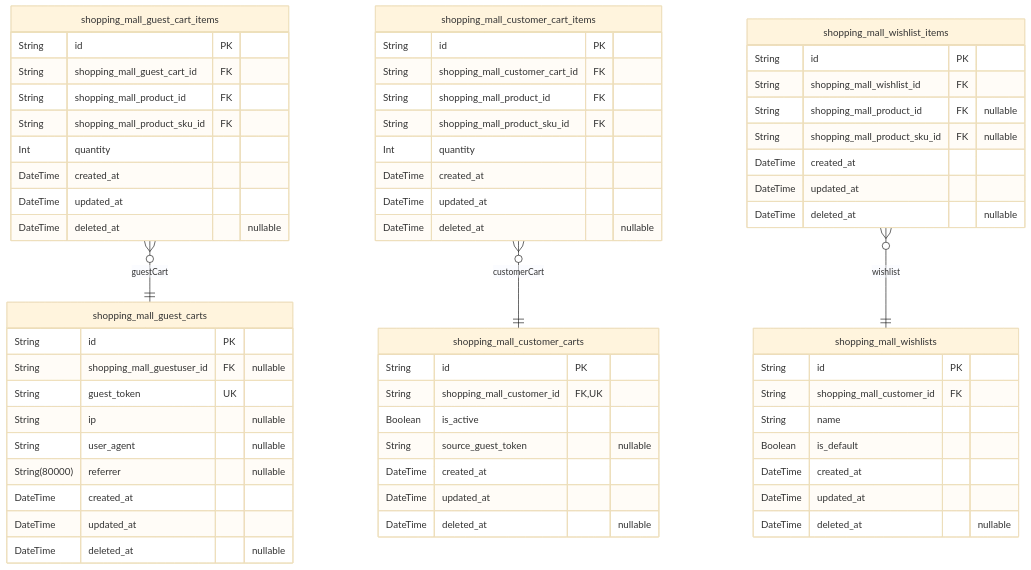
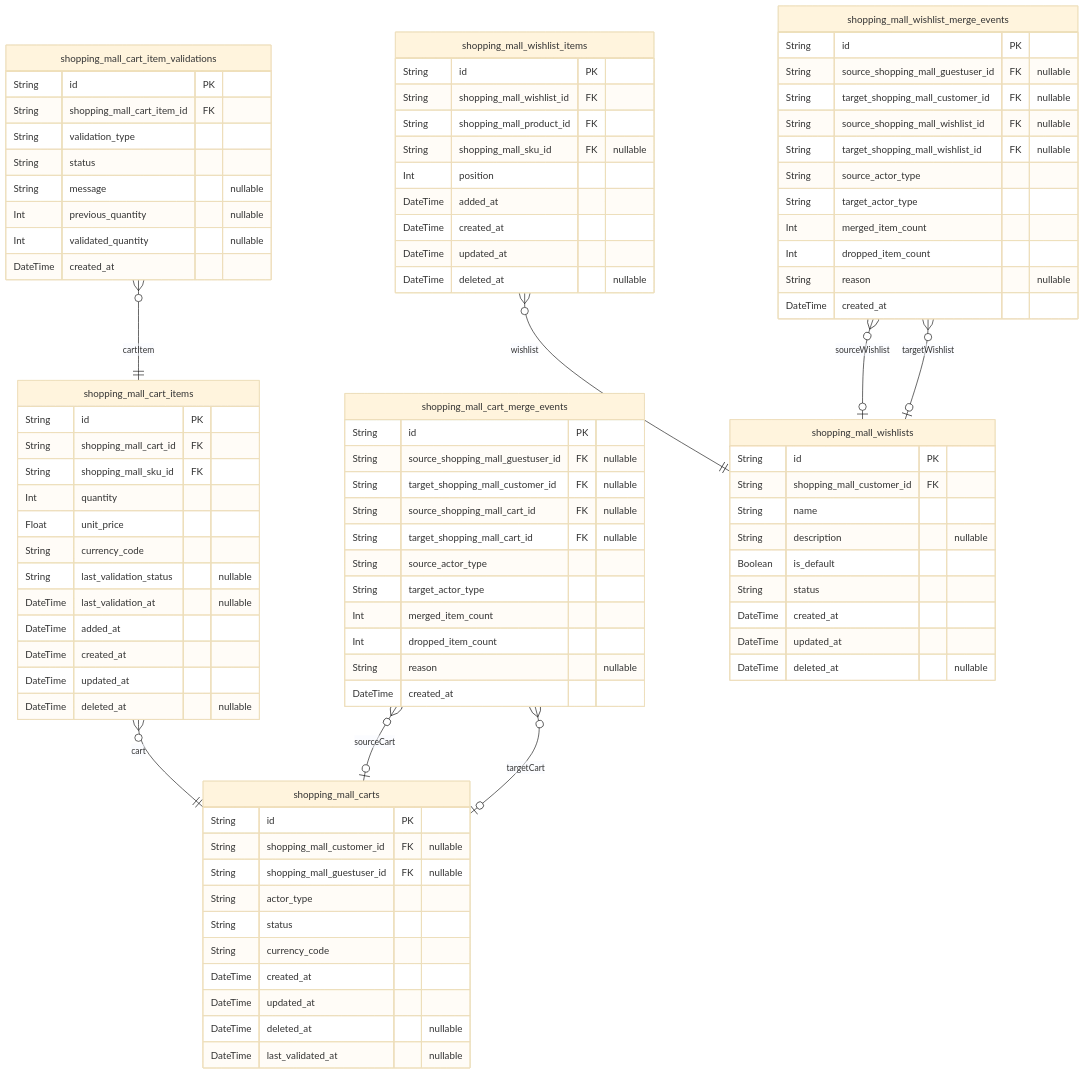
Before and after one commit to wrtnlabs/autobe-examples: the fourth of 12 diagrams in openai/gpt-5.1/shopping/docs/ERD.md, drawn with Mermaid (base theme). The commit also changed other lines of this file and 8017 other files, not shown here.

````diff
--- a/openai/gpt-5.1/shopping/docs/ERD.md
+++ b/openai/gpt-5.1/shopping/docs/ERD.md
@@ -1872,50 +2240,61 @@
 ```mermaid
 erDiagram
-"shopping_mall_guest_carts" {
+"shopping_mall_carts" {
   String id PK
+  String shopping_mall_customer_id FK "nullable"
   String shopping_mall_guestuser_id FK "nullable"
-  String guest_token UK
-  String ip "nullable"
-  String user_agent "nullable"
-  String(80000) referrer "nullable"
+  String actor_type
+  String status
+  String currency_code
+  DateTime created_at
+  DateTime updated_at
+  DateTime deleted_at "nullable"
+  DateTime last_validated_at "nullable"
+}
+"shopping_mall_cart_items" {
+  String id PK
+  String shopping_mall_cart_id FK
+  String shopping_mall_sku_id FK
+  Int quantity
+  Float unit_price
+  String currency_code
+  String last_validation_status "nullable"
+  DateTime last_validation_at "nullable"
+  DateTime added_at
   DateTime created_at
   DateTime updated_at
   DateTime deleted_at "nullable"
 }
-"shopping_mall_guest_cart_items" {
+"shopping_mall_cart_item_validations" {
   String id PK
-  String shopping_mall_guest_cart_id FK
-  String shopping_mall_product_id FK
-  String shopping_mall_product_sku_id FK
-  Int quantity
+  String shopping_mall_cart_item_id FK
+  String validation_type
+  String status
+  String message "nullable"
+  Int previous_quantity "nullable"
+  Int validated_quantity "nullable"
   DateTime created_at
-  DateTime updated_at
-  DateTime deleted_at "nullable"
 }
-"shopping_mall_customer_carts" {
+"shopping_mall_cart_merge_events" {
   String id PK
-  String shopping_mall_customer_id FK,UK
-  Boolean is_active
-  String source_guest_token "nullable"
+  String source_shopping_mall_guestuser_id FK "nullable"
+  String target_shopping_mall_customer_id FK "nullable"
+  String source_shopping_mall_cart_id FK "nullable"
+  String target_shopping_mall_cart_id FK "nullable"
+  String source_actor_type
+  String target_actor_type
+  Int merged_item_count
+  Int dropped_item_count
+  String reason "nullable"
   DateTime created_at
-  DateTime updated_at
-  DateTime deleted_at "nullable"
-}
-"shopping_mall_customer_cart_items" {
-  String id PK
-  String shopping_mall_customer_cart_id FK
-  String shopping_mall_product_id FK
-  String shopping_mall_product_sku_id FK
-  Int quantity
-  DateTime created_at
-  DateTime updated_at
-  DateTime deleted_at "nullable"
 }
 "shopping_mall_wishlists" {
   String id PK
   String shopping_mall_customer_id FK
   String name
+  String description "nullable"
   Boolean is_default
+  String status
   DateTime created_at
   DateTime updated_at
   DateTime deleted_at "nullable"
@@ -1923,13 +2302,32 @@
 "shopping_mall_wishlist_items" {
   String id PK
   String shopping_mall_wishlist_id FK
-  String shopping_mall_product_id FK "nullable"
-  String shopping_mall_product_sku_id FK "nullable"
+  String shopping_mall_product_id FK
+  String shopping_mall_sku_id FK "nullable"
+  Int position
+  DateTime added_at
   DateTime created_at
   DateTime updated_at
   DateTime deleted_at "nullable"
 }
-"shopping_mall_guest_cart_items" }o--|| "shopping_mall_guest_carts" : guestCart
-"shopping_mall_customer_cart_items" }o--|| "shopping_mall_customer_carts" : customerCart
+"shopping_mall_wishlist_merge_events" {
+  String id PK
+  String source_shopping_mall_guestuser_id FK "nullable"
+  String target_shopping_mall_customer_id FK "nullable"
+  String source_shopping_mall_wishlist_id FK "nullable"
+  String target_shopping_mall_wishlist_id FK "nullable"
+  String source_actor_type
+  String target_actor_type
+  Int merged_item_count
+  Int dropped_item_count
+  String reason "nullable"
+  DateTime created_at
+}
+"shopping_mall_cart_items" }o--|| "shopping_mall_carts" : cart
+"shopping_mall_cart_item_validations" }o--|| "shopping_mall_cart_items" : cartItem
+"shopping_mall_cart_merge_events" }o--o| "shopping_mall_carts" : sourceCart
+"shopping_mall_cart_merge_events" }o--o| "shopping_mall_carts" : targetCart
 "shopping_mall_wishlist_items" }o--|| "shopping_mall_wishlists" : wishlist
+"shopping_mall_wishlist_merge_events" }o--o| "shopping_mall_wishlists" : sourceWishlist
+"shopping_mall_wishlist_merge_events" }o--o| "shopping_mall_wishlists" : targetWishlist
 ```
````
